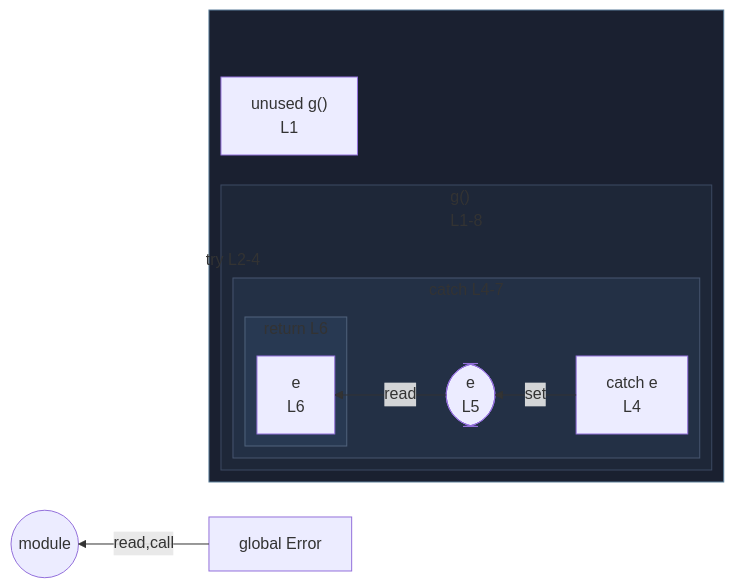
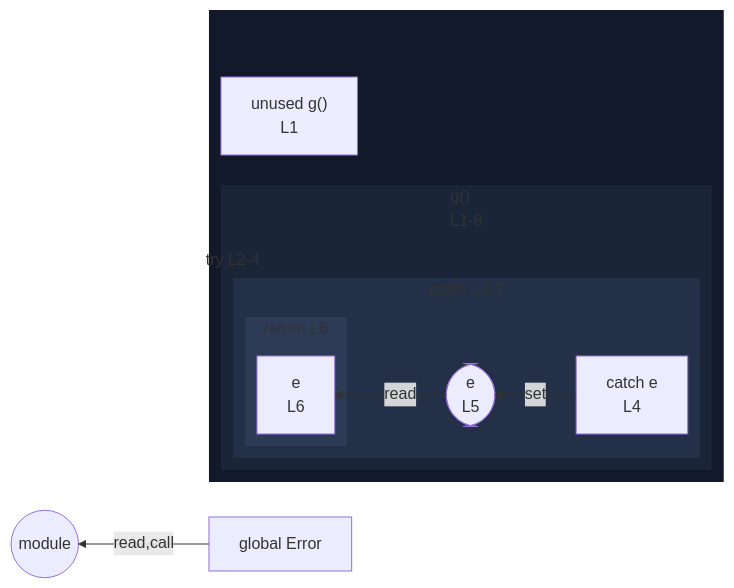
Before and after one commit to crescware/unsnarl: the diagram in integration/fixtures/try-statement/catch-reassignment/preview.md, drawn with Mermaid. The commit also changed 263 other files, not shown here.

First line of the commit message:
Drop fnWrap class and color function wrappers via the nest palette

````diff
--- a/integration/fixtures/try-statement/catch-reassignment/preview.md
+++ b/integration/fixtures/try-statement/catch-reassignment/preview.md
@@ -18,37 +18,37 @@
 ```mermaid
 %%{init: {"flowchart": {"defaultRenderer": "elk"}}}%%
 flowchart RL
   n_scope_0_Error_46["global Error"]
   subgraph wrap_s_scope_1[" "]
     direction TB
     n_scope_0_g_9["unused g()<br/>L1"]
     subgraph s_scope_1["g()<br/>L1-8"]
       direction RL
       subgraph s_scope_2["try L2-4"]
         direction RL
       end
       subgraph s_scope_3["catch L4-7"]
         direction RL
         n_scope_3_e_72["catch e<br/>L4"]
         wr_ref_1(["e<br/>L5"])
         subgraph s_return_scope_0_g_9_102_111["return L6"]
           direction RL
           ret_use_ref_2["e<br/>L6"]
         end
       end
     end
   end
   n_scope_3_e_72 -->|set| wr_ref_1
   n_scope_0_Error_46 -->|read,call| module_root
   wr_ref_1 -->|read| ret_use_ref_2
   module_root((module))
-  classDef fnWrap fill:#1a2030,stroke:#5a7d99;
-  class wrap_s_scope_1 fnWrap;
-  classDef nestL1 fill:#1e2738,stroke:#3d4a63;
-  class s_scope_1 nestL1;
-  classDef nestL2 fill:#233045,stroke:#475670;
-  class s_scope_2 nestL2;
-  class s_scope_3 nestL2;
-  classDef nestL3 fill:#283952,stroke:#51637d;
-  class s_return_scope_0_g_9_102_111 nestL3;
+  classDef nestL1 fill:#11192a,stroke:transparent;
+  class wrap_s_scope_1 nestL1;
+  classDef nestL2 fill:#1a2538,stroke:transparent;
+  class s_scope_1 nestL2;
+  classDef nestL3 fill:#243047,stroke:transparent;
+  class s_scope_2 nestL3;
+  class s_scope_3 nestL3;
+  classDef nestL4 fill:#2d3b57,stroke:transparent;
+  class s_return_scope_0_g_9_102_111 nestL4;
 ```
````
